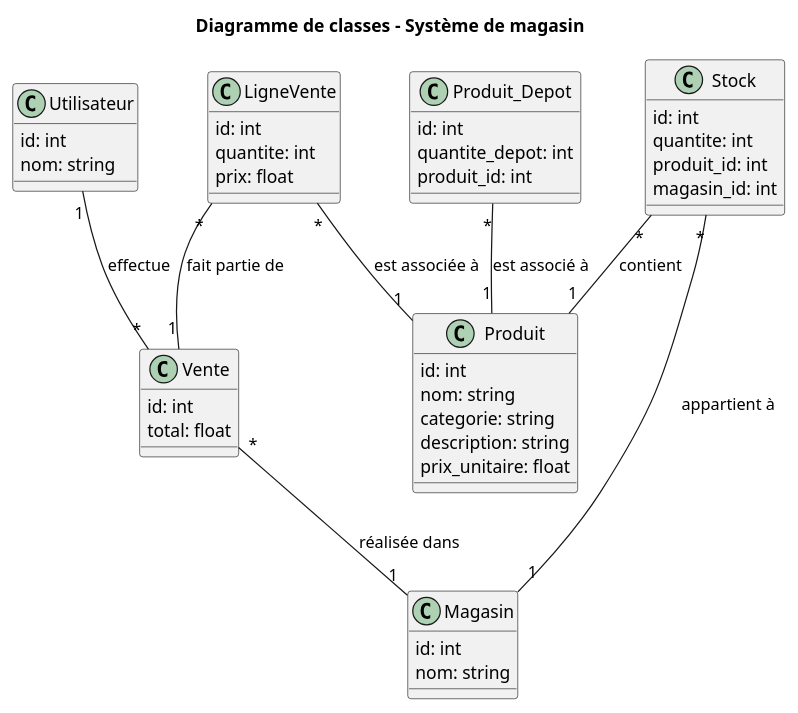
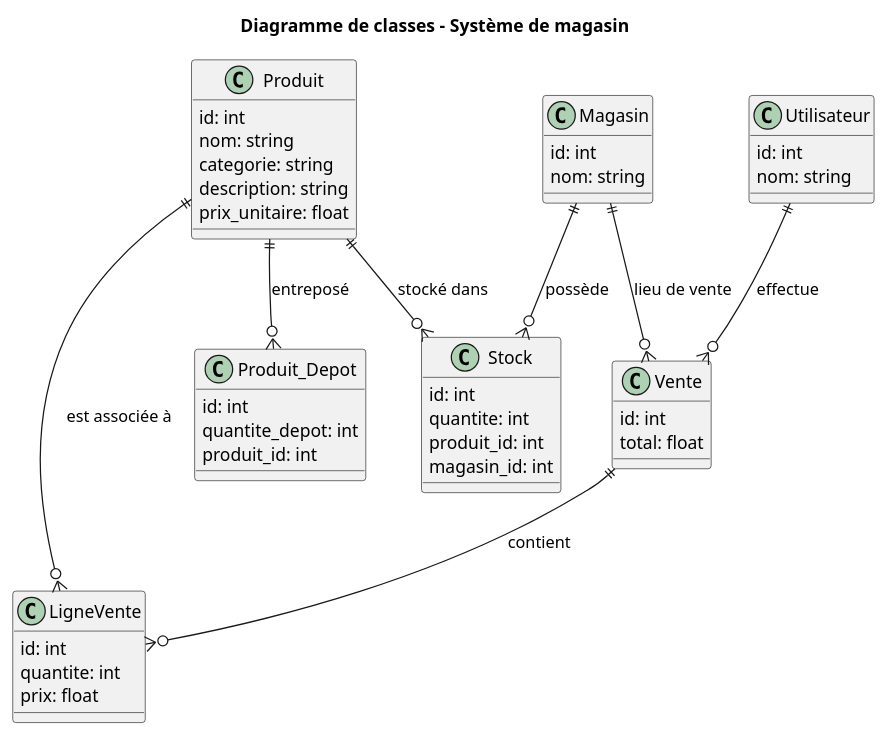
The diagram in docs/diagrams/class_diagram.puml (LojanArunasalam/LOG430-Lab2), drawn with PlantUML before and after one commit. The commit also changed 3 other files, not shown here.

```diff
--- a/docs/diagrams/class_diagram.puml
+++ b/docs/diagrams/class_diagram.puml
@@ -1,56 +1,56 @@
 @startuml
 
 title Diagramme de classes - Système de magasin
 
 class Produit {
   id: int
   nom: string
   categorie: string
   description: string
   prix_unitaire: float
 }
 
 class Vente {
   id: int
   total: float
 }
 
 class LigneVente {
   id: int
   quantite: int
   prix: float
 }
 
 class Utilisateur {
   id: int
   nom: string
 }
 
 class Stock { 
   id: int 
   quantite: int
   produit_id: int
   magasin_id: int
 }
 
 class Magasin { 
   id: int
   nom: string
 }
 
 class Produit_Depot { 
   id: int
   quantite_depot: int
   produit_id: int
 }
 
-' Relations entre classes
-LigneVente "*" -- "1" Produit: est associée à
-LigneVente "*" -- "1" Vente: fait partie de
-Stock "*" -- "1" Produit: contient
-Stock "*" -- "1" Magasin: appartient à
-Vente "*" -- "1" Magasin: réalisée dans
-Utilisateur "1" -- "*" Vente: effectue
-Produit_Depot "*" -- "1" Produit: est associé à
+' Relations entre classes (UML notation)
+Produit ||--o{ LigneVente : "est associée à"
+Vente ||--o{ LigneVente : "contient"
+Produit ||--o{ Stock : "stocké dans"
+Magasin ||--o{ Stock : "possède"
+Magasin ||--o{ Vente : "lieu de vente"
+Utilisateur ||--o{ Vente : "effectue"
+Produit ||--o{ Produit_Depot : "entreposé"
 
 @enduml
```
